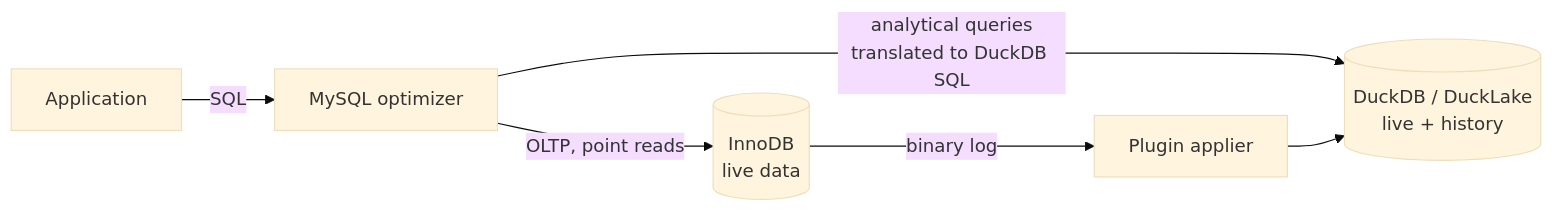
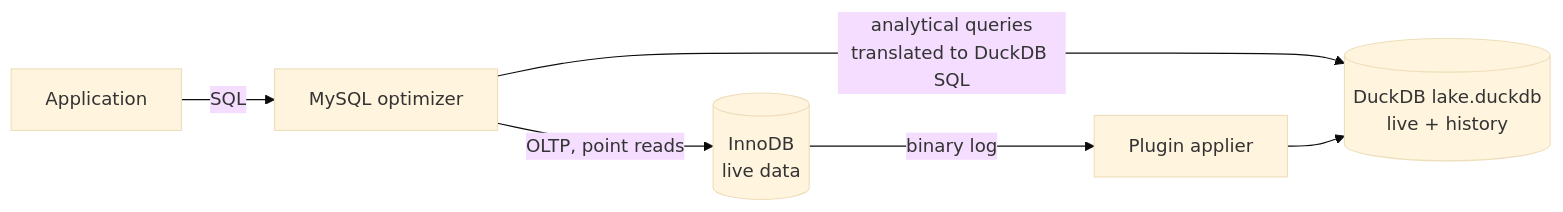
The first of 3 diagrams in .github/README.md (Tusamarco/percona-server), drawn with Mermaid (base theme) before and after one commit. The commit also changed other lines of this file and 28 other files, not shown here.

````diff
--- a/.github/README.md
+++ b/.github/README.md
@@ -20,7 +20,7 @@
 ```mermaid
 flowchart LR
     App[Application] -->|SQL| Opt[MySQL optimizer]
     Opt -->|OLTP, point reads| InnoDB[(InnoDB<br/>live data)]
-    Opt -->|analytical queries<br/>translated to DuckDB SQL| Duck[(DuckDB / DuckLake<br/>live + history)]
+    Opt -->|analytical queries<br/>translated to DuckDB SQL| Duck[(DuckDB lake.duckdb<br/>live + history)]
     InnoDB -->|binary log| Applier[Plugin applier] --> Duck
 ```
````
